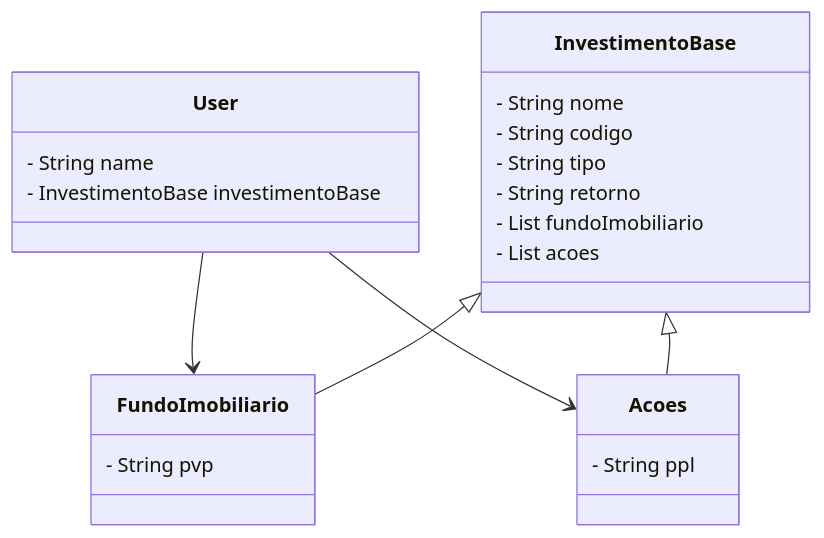
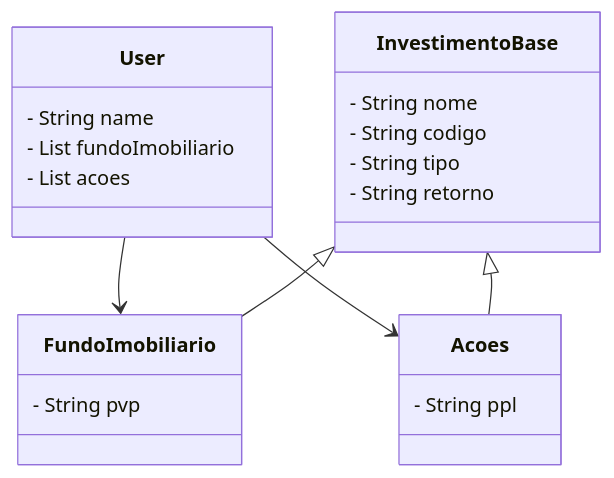
Before and after one commit to KVCarvalho/projetos-estudos: the diagram in DIO/santander-dev-week-2023/README.md, drawn with Mermaid. The commit also changed other lines of this file, not shown here.

````diff
--- a/DIO/santander-dev-week-2023/README.md
+++ b/DIO/santander-dev-week-2023/README.md
@@ -5,29 +5,30 @@
 ```mermaid
 classDiagram
   class User {
     - String name
-    - InvestimentoBase investimentoBase
-  }
-
-  class InvestimentoBase {
-    - String nome
-    - String codigo
-    - String tipo
-    - String retorno
     - List<FundoImobiliario> fundoImobiliario
     - List<Acoes> acoes
   }
 
+ 
   class FundoImobiliario {
     - String pvp
   }
 
   class Acoes {
     - String ppl
   }
 
+ class InvestimentoBase {
+    - String nome
+    - String codigo
+    - String tipo
+    - String retorno
+  }
+
+
   User --> FundoImobiliario
   User --> Acoes
   InvestimentoBase <|-- FundoImobiliario
   InvestimentoBase <|-- Acoes
 ```
````
